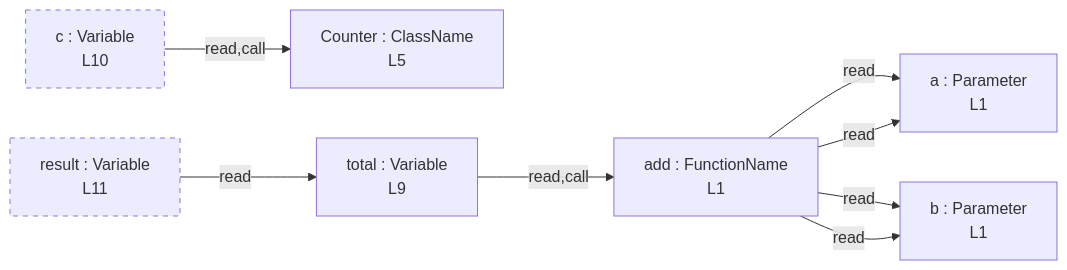
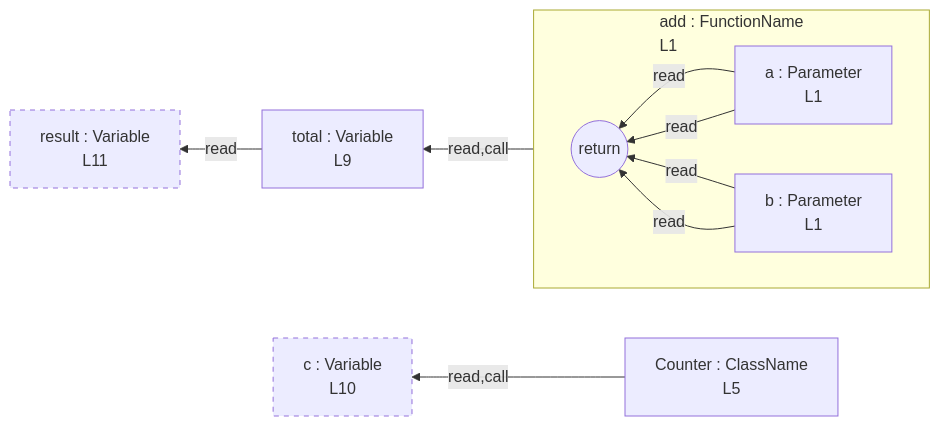
Before and after one commit to crescware/unsnarl: the diagram in integration/fixtures/function-and-class/preview.md, drawn with Mermaid. The commit also changed 27 other files, not shown here.

First line of the commit message:
feat(mermaid): subgraphs + RL layout + dataflow arrows

````diff
--- a/integration/fixtures/function-and-class/preview.md
+++ b/integration/fixtures/function-and-class/preview.md
@@ -21,20 +21,23 @@
 ```mermaid
-flowchart LR
-  n_scope_0_add_9["add : FunctionName\nL1"]
+flowchart RL
+  subgraph n_scope_0_add_9["add : FunctionName\nL1"]
+    direction RL
+    return_scope_0_add_9((return))
+    n_scope_1_a_13["a : Parameter\nL1"]
+    n_scope_1_b_24["b : Parameter\nL1"]
+  end
   n_scope_0_Counter_62["Counter : ClassName\nL5"]
   n_scope_0_total_94["total : Variable\nL9"]
   n_scope_0_c_119["c : Variable\nL10"]
   n_scope_0_result_144["result : Variable\nL11"]
-  n_scope_1_a_13["a : Parameter\nL1"]
-  n_scope_1_b_24["b : Parameter\nL1"]
-  n_scope_0_add_9 -->|read| n_scope_1_a_13
-  n_scope_0_add_9 -->|read| n_scope_1_b_24
-  n_scope_0_add_9 -->|read| n_scope_1_a_13
-  n_scope_0_add_9 -->|read| n_scope_1_b_24
-  n_scope_0_total_94 -->|read,call| n_scope_0_add_9
-  n_scope_0_c_119 -->|read,call| n_scope_0_Counter_62
-  n_scope_0_result_144 -->|read| n_scope_0_total_94
+  n_scope_1_a_13 -->|read| return_scope_0_add_9
+  n_scope_1_b_24 -->|read| return_scope_0_add_9
+  n_scope_1_a_13 -->|read| return_scope_0_add_9
+  n_scope_1_b_24 -->|read| return_scope_0_add_9
+  n_scope_0_add_9 -->|read,call| n_scope_0_total_94
+  n_scope_0_Counter_62 -->|read,call| n_scope_0_c_119
+  n_scope_0_total_94 -->|read| n_scope_0_result_144
   classDef unused stroke-dasharray: 5 5;
   class n_scope_0_c_119 unused;
   class n_scope_0_result_144 unused;
 ```
````
